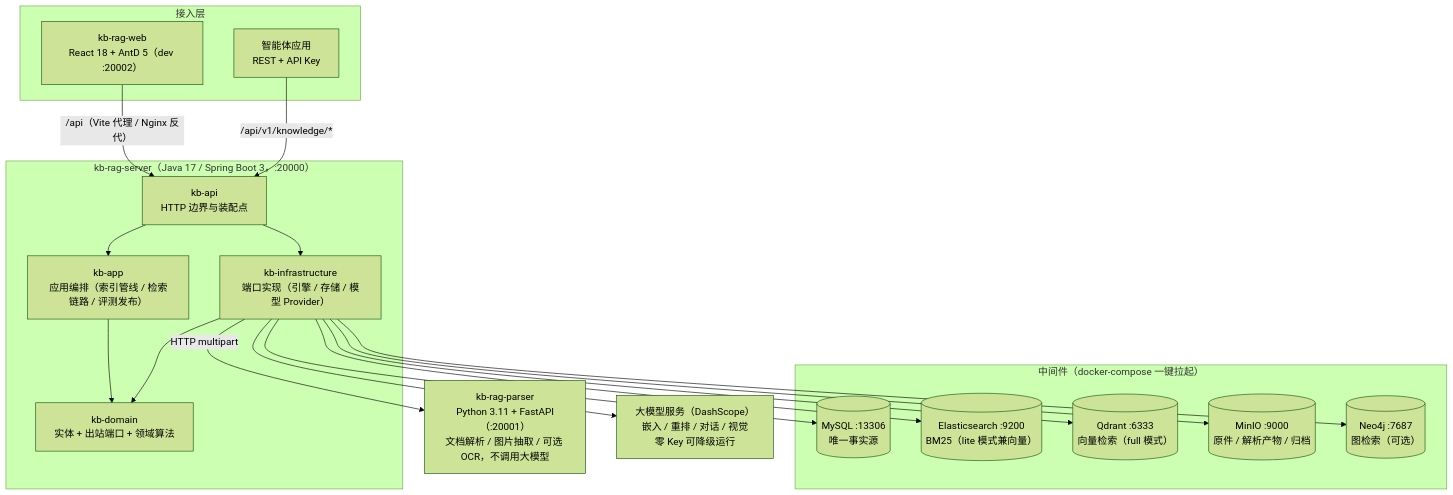
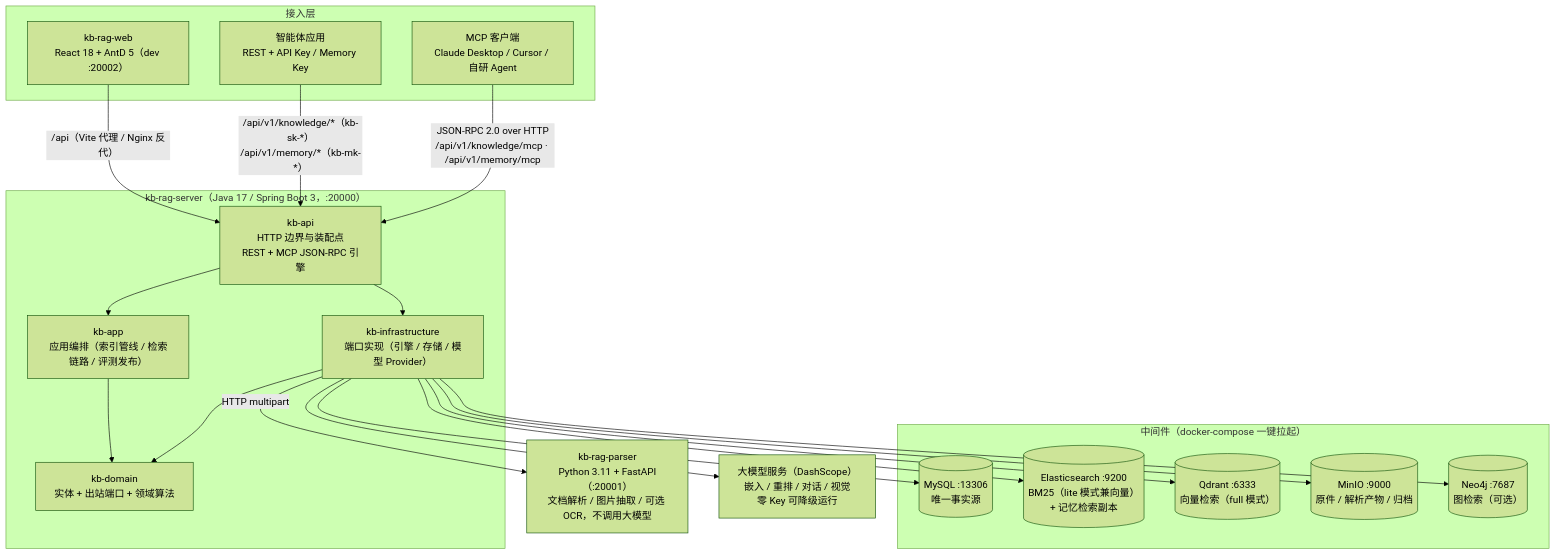
Before and after one commit to liulangjietou/kb-rag: the first of 6 diagrams in docs/README.md, drawn with Mermaid (forest theme). The commit also changed other lines of this file, not shown here.

First line of the commit message:
docs(readme): 补全架构图与核心流程图（记忆库 M19 + MCP 协议层 M20）

````diff
--- a/docs/README.md
+++ b/docs/README.md
@@ -15,34 +16,36 @@
 ```mermaid
 flowchart TB
     subgraph clients["接入层"]
         WEB["kb-rag-web<br/>React 18 + AntD 5（dev :20002）"]
-        AGENT["智能体应用<br/>REST + API Key"]
+        AGENT["智能体应用<br/>REST + API Key / Memory Key"]
+        MCPC["MCP 客户端<br/>Claude Desktop / Cursor / 自研 Agent"]
     end
 
     subgraph server["kb-rag-server（Java 17 / Spring Boot 3，:20000）"]
-        API["kb-api<br/>HTTP 边界与装配点"]
+        API["kb-api<br/>HTTP 边界与装配点<br/>REST + MCP JSON-RPC 引擎"]
         APP["kb-app<br/>应用编排（索引管线 / 检索链路 / 评测发布）"]
         DOMAIN["kb-domain<br/>实体 + 出站端口 + 领域算法"]
         INFRA["kb-infrastructure<br/>端口实现（引擎 / 存储 / 模型 Provider）"]
         API --> APP --> DOMAIN
         API --> INFRA --> DOMAIN
     end
 
     PARSER["kb-rag-parser<br/>Python 3.11 + FastAPI（:20001）<br/>文档解析 / 图片抽取 / 可选 OCR，不调用大模型"]
 
     subgraph middleware["中间件（docker-compose 一键拉起）"]
         MYSQL[("MySQL :13306<br/>唯一事实源")]
-        ES[("Elasticsearch :9200<br/>BM25（lite 模式兼向量）")]
+        ES[("Elasticsearch :9200<br/>BM25（lite 模式兼向量）<br/>+ 记忆检索副本")]
         QDRANT[("Qdrant :6333<br/>向量检索（full 模式）")]
         MINIO[("MinIO :9000<br/>原件 / 解析产物 / 归档")]
         NEO4J[("Neo4j :7687<br/>图检索（可选）")]
     end
 
     LLM["大模型服务（DashScope）<br/>嵌入 / 重排 / 对话 / 视觉<br/>零 Key 可降级运行"]
 
     WEB -- "/api（Vite 代理 / Nginx 反代）" --> API
-    AGENT -- "/api/v1/knowledge/*" --> API
+    AGENT -- "/api/v1/knowledge/*（kb-sk-*）<br/>/api/v1/memory/*（kb-mk-*）" --> API
+    MCPC -- "JSON-RPC 2.0 over HTTP<br/>/api/v1/knowledge/mcp · /api/v1/memory/mcp" --> API
     INFRA -- "HTTP multipart" --> PARSER
     INFRA --> MYSQL & ES & QDRANT & MINIO & NEO4J
     INFRA --> LLM
 ```
````
